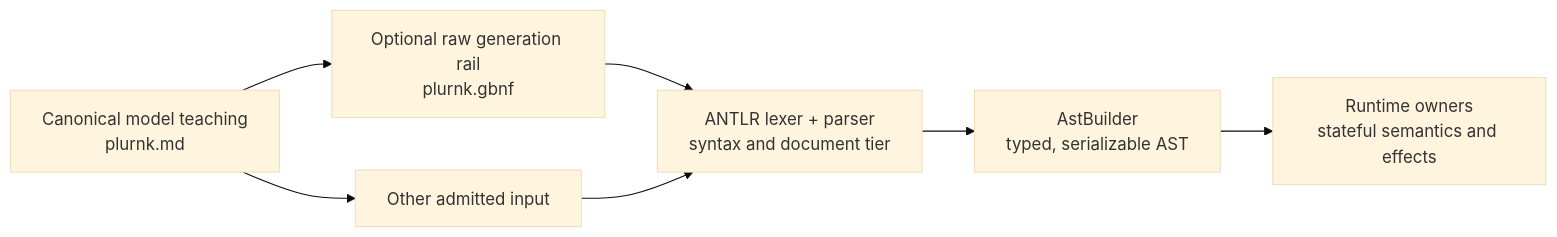
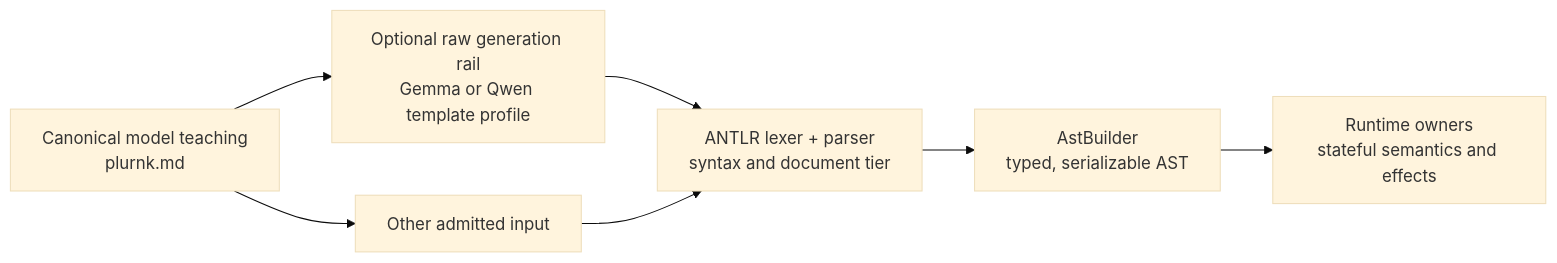
The first of 3 diagrams in plurnk-contracts/SPEC.md (plurnk/plurnk-service), drawn with Mermaid (base theme) before and after one commit. The commit also changed other lines of this file and 22 other files, not shown here.

Commit message:
fix(gbnf): add Qwen template-profile rail (#243)

````diff
--- a/plurnk-contracts/SPEC.md
+++ b/plurnk-contracts/SPEC.md
@@ -38,15 +38,15 @@
 ```mermaid
 flowchart LR
     canon["Canonical model teaching<br/>plurnk.md"]
-    rail["Optional raw generation rail<br/>plurnk.gbnf"]
+    rail["Optional raw generation rail<br/>Gemma or Qwen template profile"]
     free["Other admitted input"]
     syntax["ANTLR lexer + parser<br/>syntax and document tier"]
     ast["AstBuilder<br/>typed, serializable AST"]
     runtime["Runtime owners<br/>stateful semantics and effects"]
     canon --> rail
     rail --> syntax
     canon --> free
     free --> syntax
     syntax --> ast
     ast --> runtime
 ```
````
